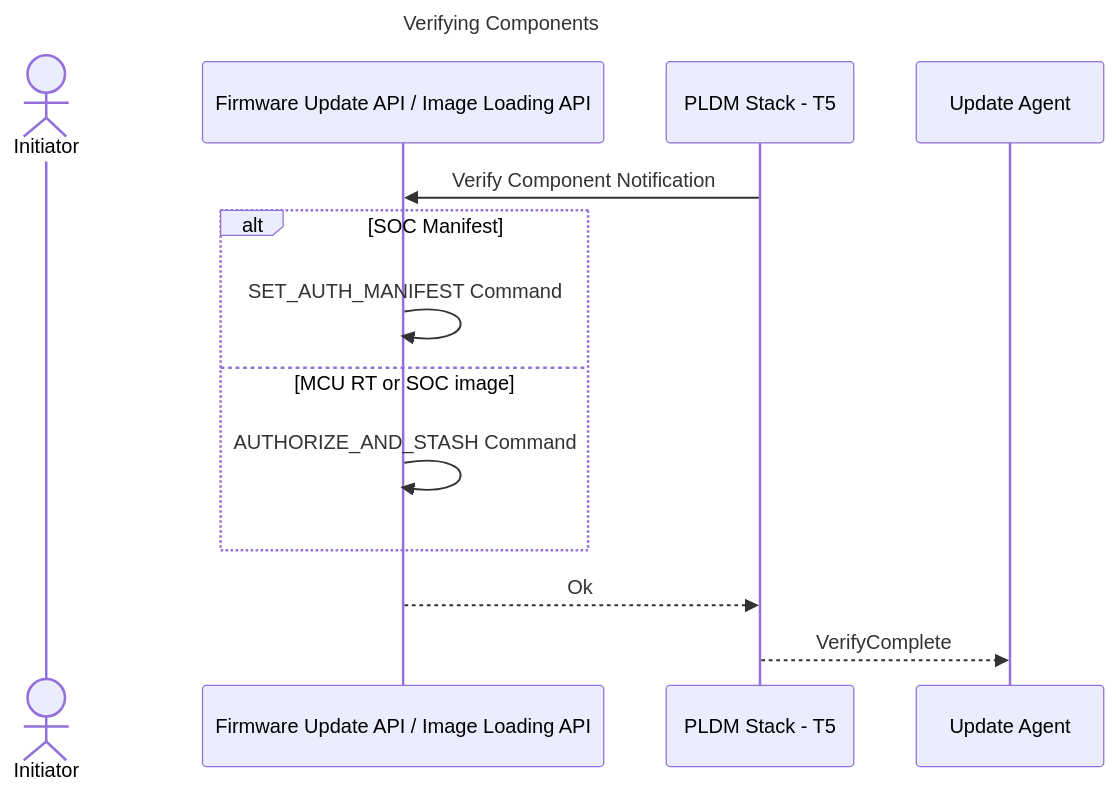
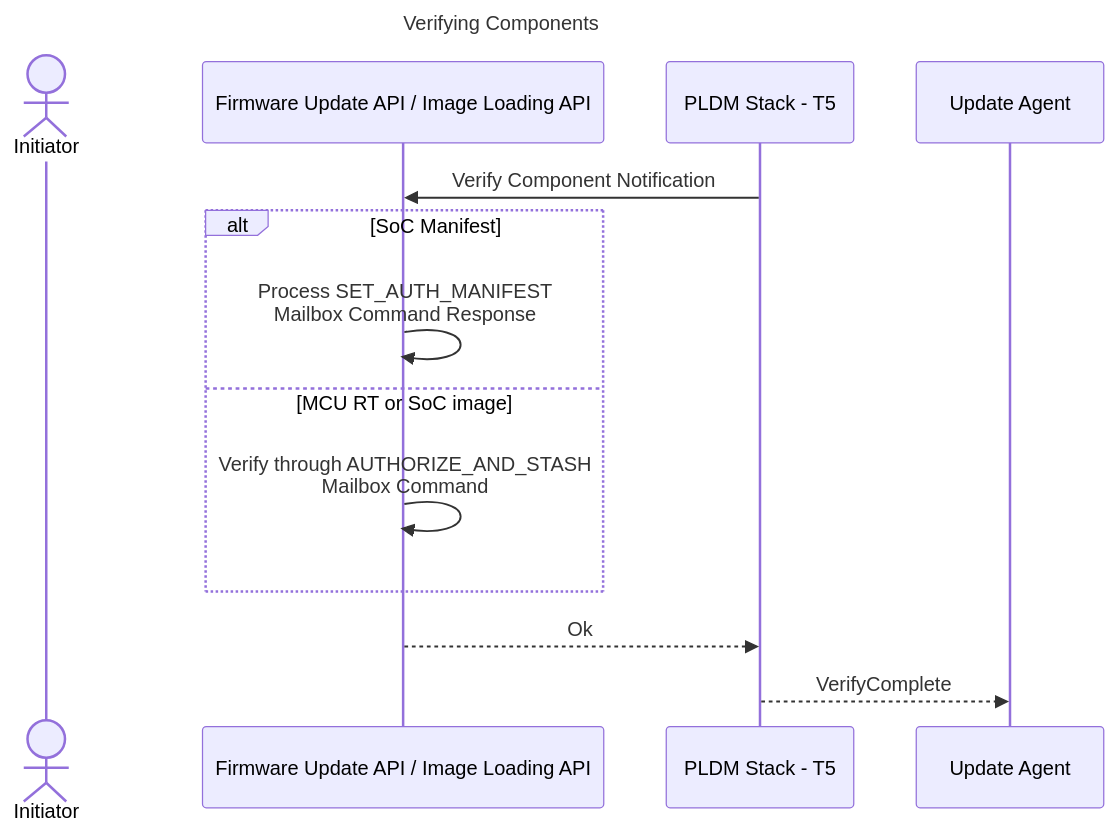
Before and after one commit to chipsalliance/caliptra-mcu-sw: the seventh of 9 diagrams in docs/src/firmware_update_and_streaming_boot.md, drawn with Mermaid. The commit also changed other lines of this file and 1 other file, not shown here.

````diff
--- a/docs/src/firmware_update_and_streaming_boot.md
+++ b/docs/src/firmware_update_and_streaming_boot.md
@@ -144,20 +163,20 @@
 ```mermaid
 sequenceDiagram
     title Verifying Components
 
     actor App as Initiator
     participant API as Firmware Update API / Image Loading API
     participant Firmware as PLDM Stack - T5
     participant PLDM as Update Agent    
     
     Firmware->>API: Verify Component Notification
 
-    alt SOC Manifest
-        API->>API: SET_AUTH_MANIFEST Command
-    else MCU RT or SOC image
-        API->>API: AUTHORIZE_AND_STASH Command
+    alt SoC Manifest
+        API->>API: Process SET_AUTH_MANIFEST<br/> Mailbox Command Response
+    else MCU RT or SoC image
+        API->>API: Verify through AUTHORIZE_AND_STASH<br/>Mailbox Command
     end
 
     API-->>Firmware: Ok
     Firmware-->>PLDM: VerifyComplete
 ```
````
